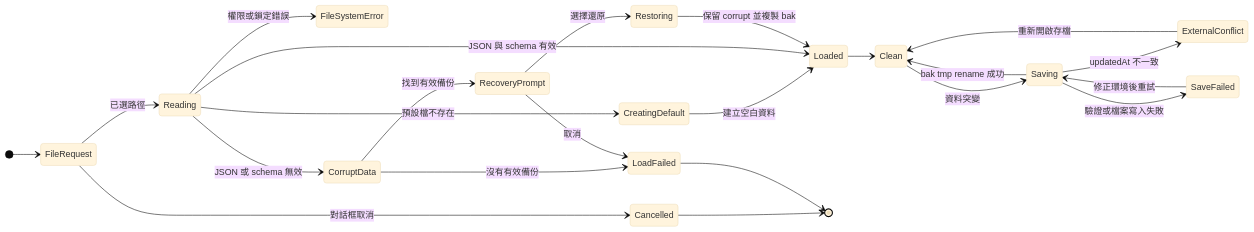
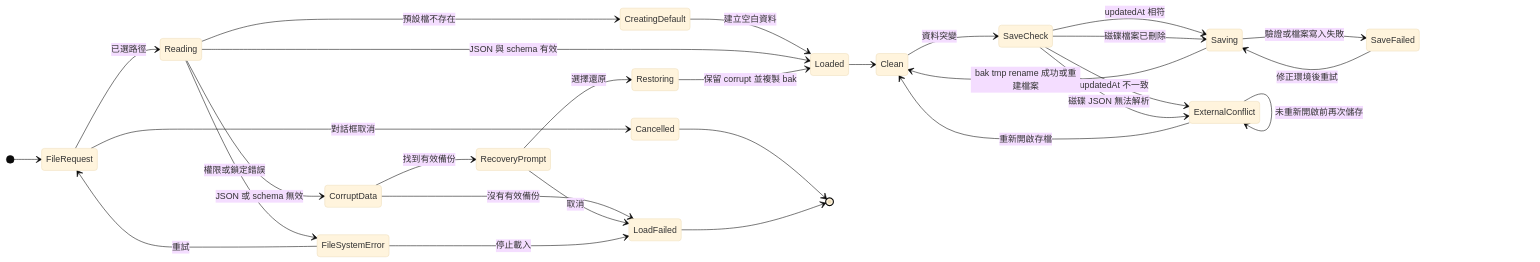
The second of 15 diagrams in docs/state-machine.md (Ansenchen123/factory-manager-portable), drawn with Mermaid (base theme) before and after one commit. The commit also changed other lines of this file, not shown here.

````diff
--- a/docs/state-machine.md
+++ b/docs/state-machine.md
@@ -96,28 +100,34 @@
 ```mermaid
 stateDiagram-v2
     direction LR
 
     [*] --> FileRequest
     FileRequest --> Cancelled: 對話框取消
     FileRequest --> Reading: 已選路徑
     Reading --> CreatingDefault: 預設檔不存在
     CreatingDefault --> Loaded: 建立空白資料
     Reading --> Loaded: JSON 與 schema 有效
     Reading --> FileSystemError: 權限或鎖定錯誤
     Reading --> CorruptData: JSON 或 schema 無效
     CorruptData --> RecoveryPrompt: 找到有效備份
     CorruptData --> LoadFailed: 沒有有效備份
     RecoveryPrompt --> Restoring: 選擇還原
     RecoveryPrompt --> LoadFailed: 取消
     Restoring --> Loaded: 保留 corrupt 並複製 bak
+    FileSystemError --> FileRequest: 重試
+    FileSystemError --> LoadFailed: 停止載入
 
     Loaded --> Clean
-    Clean --> Saving: 資料突變
-    Saving --> ExternalConflict: updatedAt 不一致
+    Clean --> SaveCheck: 資料突變
+    SaveCheck --> ExternalConflict: updatedAt 不一致
+    SaveCheck --> ExternalConflict: 磁碟 JSON 無法解析
+    SaveCheck --> Saving: updatedAt 相符
+    SaveCheck --> Saving: 磁碟檔案已刪除
     Saving --> SaveFailed: 驗證或檔案寫入失敗
-    Saving --> Clean: bak tmp rename 成功
+    Saving --> Clean: bak tmp rename 成功或重建檔案
+    ExternalConflict --> ExternalConflict: 未重新開啟前再次儲存
     ExternalConflict --> Clean: 重新開啟存檔
     SaveFailed --> Saving: 修正環境後重試
     Cancelled --> [*]
     LoadFailed --> [*]
 ```
````
